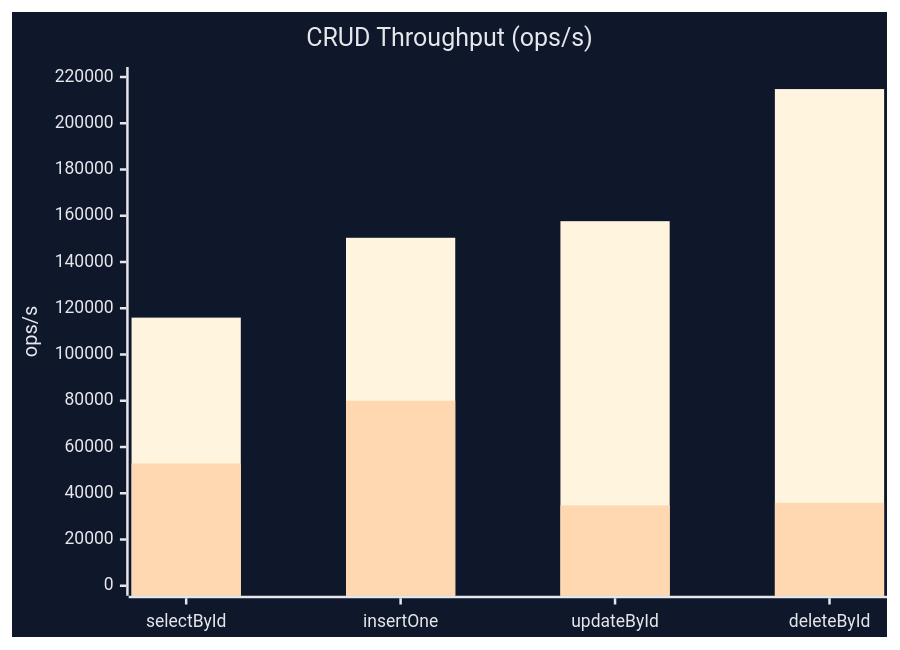
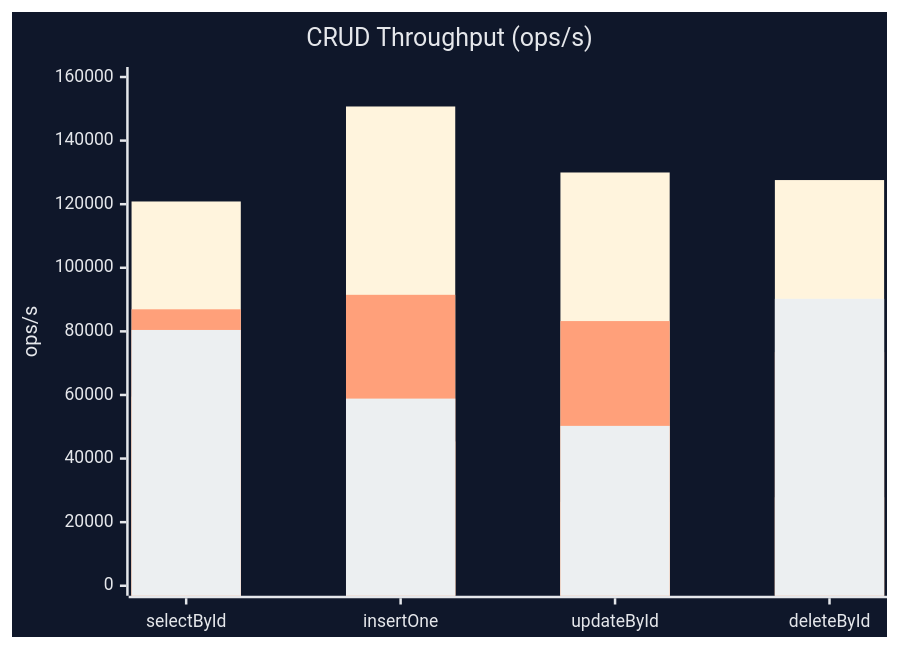
One commit to nicleo779/kora changed the first of 2 diagrams in README.md. Above: the diagram before and after it, drawn with Mermaid. The commit also changed other lines of this file and 9 other files, not shown here.

````diff
--- a/README.md
+++ b/README.md
@@ -532,9 +535,11 @@
 ```mermaid
 %%{init: {"theme":"base","themeVariables":{"background":"#0f172a","primaryColor":"#2563eb","secondaryColor":"#f97316","tertiaryColor":"#22c55e","primaryTextColor":"#e5e7eb","secondaryTextColor":"#e5e7eb","tertiaryTextColor":"#e5e7eb","lineColor":"#94a3b8","textColor":"#e5e7eb","mainBkg":"#0f172a","fontFamily":"ui-sans-serif"}}}%%
 xychart-beta
     title "CRUD Throughput (ops/s)"
     x-axis ["selectById", "insertOne", "updateById", "deleteById"]
-    y-axis "ops/s" 0 --> 220000
-    bar [115950, 150471, 157653, 214782]
-    bar [52884, 80018, 34766, 35865]
+    y-axis "ops/s" 0 --> 160000
+    bar [120853, 150727, 129970, 127589]
+    bar [59486, 45405, 26389, 27823]
+    bar [86938, 91497, 83239, 73486]
+    bar [80444, 58857, 50276, 90250]
 ```
````
